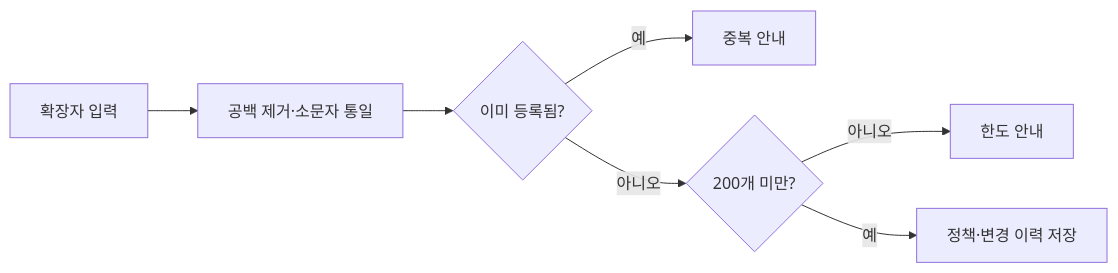
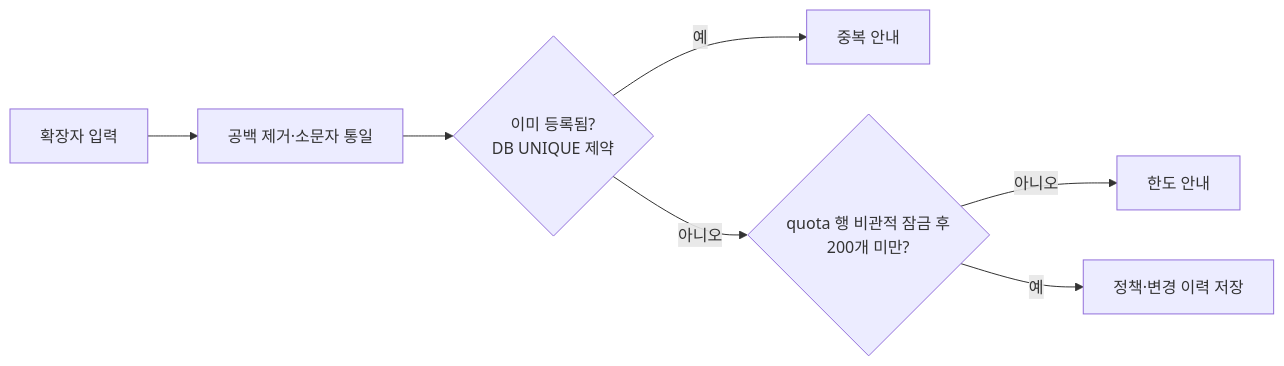
The seventh of 8 diagrams in README.md (seokjun7410/file-upload), drawn with Mermaid before and after one commit. The commit also changed other lines of this file and 2 other files, not shown here.

````diff
--- a/README.md
+++ b/README.md
@@ -173,9 +175,9 @@
 ```mermaid
 flowchart LR
     I[확장자 입력] --> N[공백 제거·소문자 통일]
-    N --> D{이미 등록됨?}
+    N --> D{이미 등록됨?<br/>DB UNIQUE 제약}
     D -->|예| E[중복 안내]
-    D -->|아니오| Q{200개 미만?}
+    D -->|아니오| Q{quota 행 비관적 잠금 후<br/>200개 미만?}
     Q -->|아니오| L[한도 안내]
     Q -->|예| S[정책·변경 이력 저장]
 ```
````
